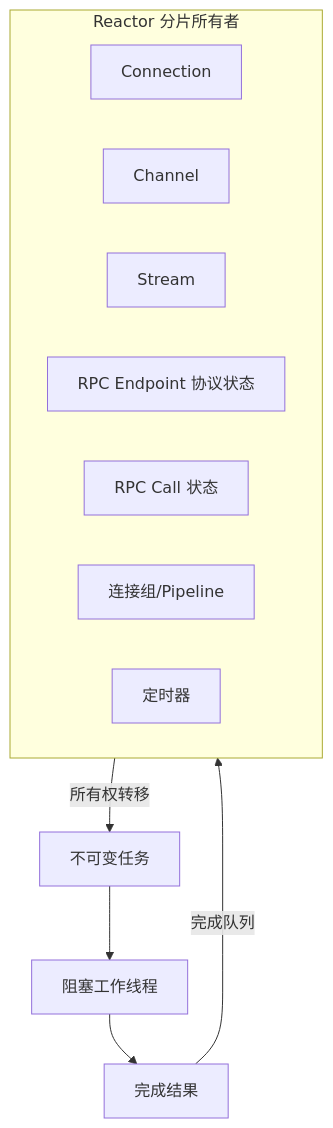
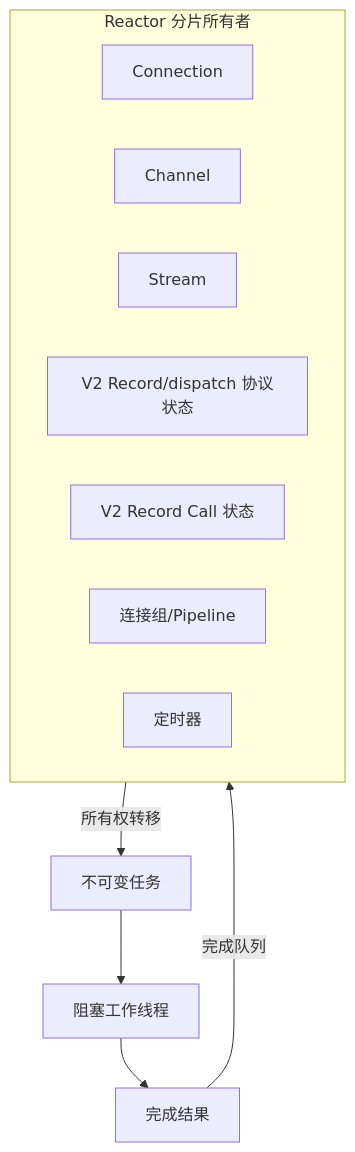
Before and after one commit to MyBlackHole/c-trpc: the diagram in docs/architecture/02-ownership.md, drawn with Mermaid. The commit also changed other lines of this file and 21 other files, not shown here.

````diff
--- a/docs/architecture/02-ownership.md
+++ b/docs/architecture/02-ownership.md
@@ -7,21 +7,21 @@
 ```mermaid
 flowchart TB
     subgraph R["Reactor 分片所有者"]
         C["Connection"]
         CH["Channel"]
         S["Stream"]
-        EP["RPC Endpoint 协议状态"]
-        CALL["RPC Call 状态"]
+        EP["V2 Record/dispatch 协议状态"]
+        CALL["V2 Record Call 状态"]
         P["连接组/Pipeline"]
         T["定时器"]
     end
 
     TASK["不可变任务"]
     W["阻塞工作线程"]
     RES["完成结果"]
 
     R -->|"所有权转移"| TASK
     TASK --> W
     W --> RES
     RES -->|"完成队列"| R
 ```
````
